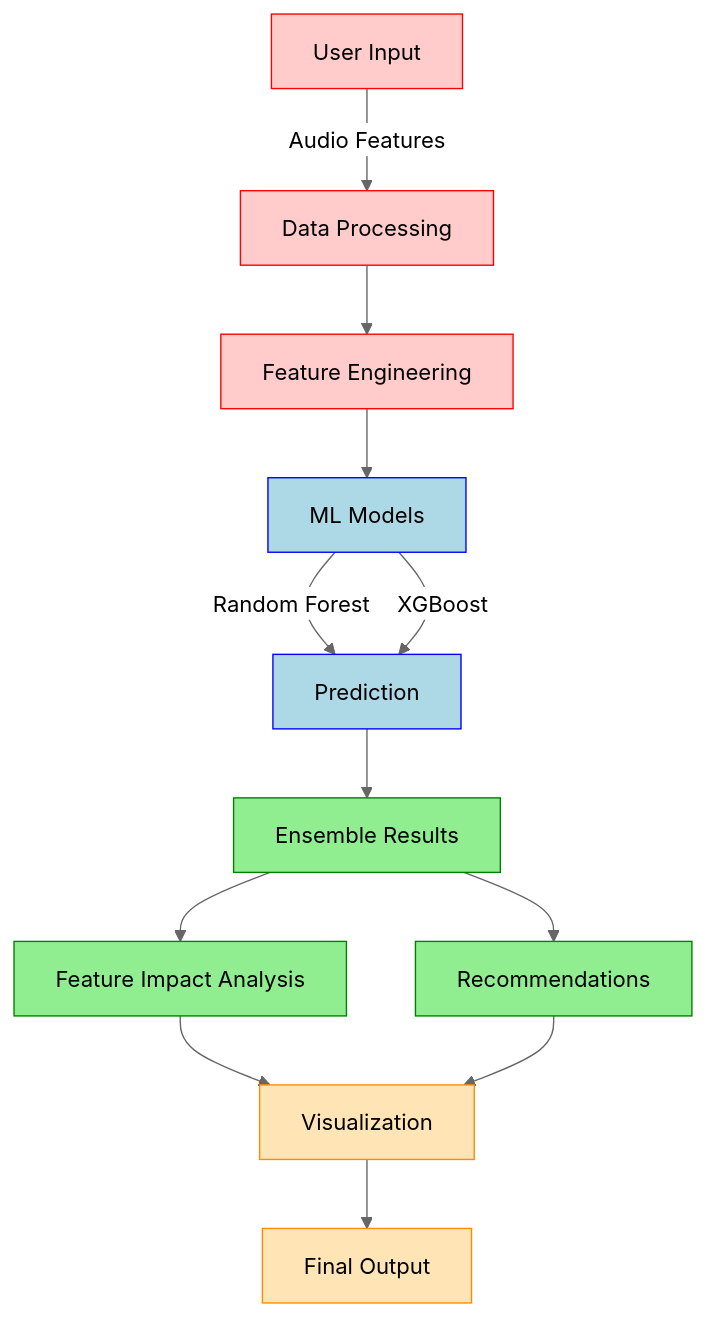
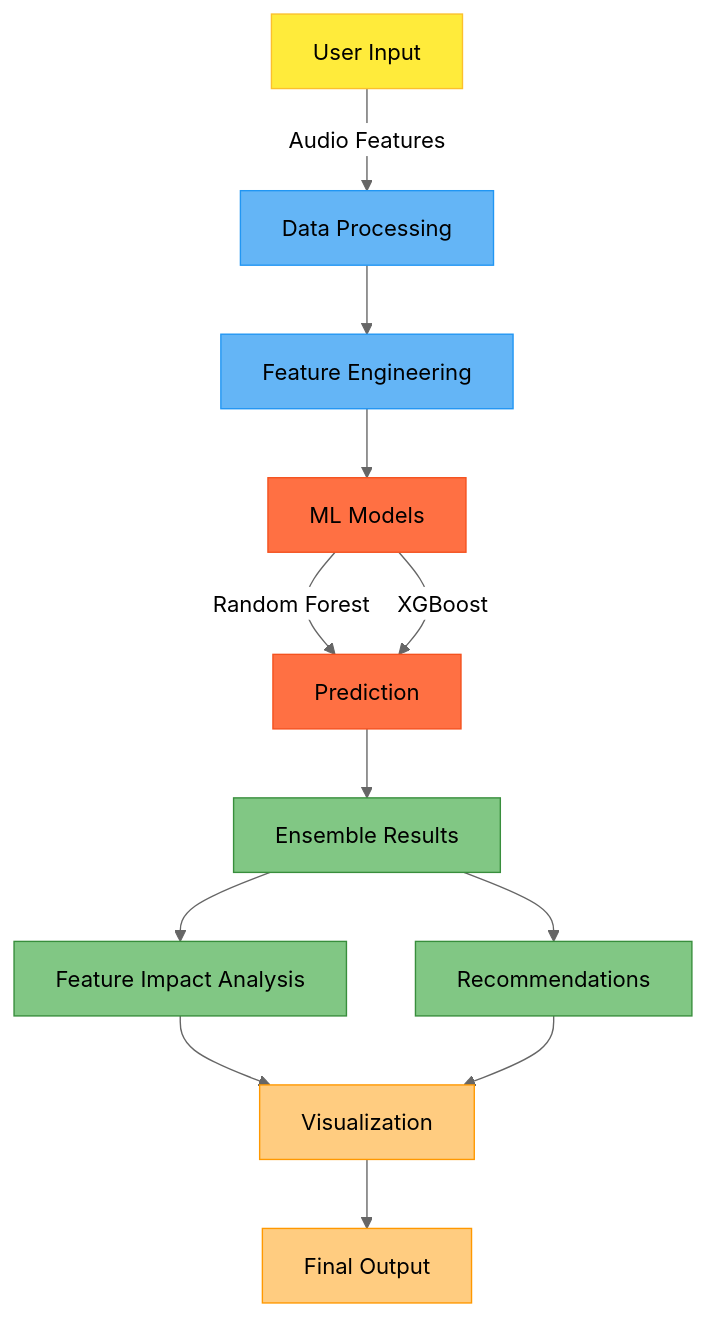
One commit to Cloudyboiii/Spotify_Popularity_Prediction changed the diagram in README.md. Above: the diagram before and after it, drawn with Mermaid (neutral theme).

````diff
--- a/README.md
+++ b/README.md
@@ -14,25 +14,25 @@
 ```mermaid
 graph TD
     A[User  Input] -->|Audio Features| B[Data Processing]
     B --> C[Feature Engineering]
     C --> D[ML Models]
     D -->|Random Forest| E[Prediction]
     D -->|XGBoost| E
     E --> F[Ensemble Results]
     F --> G[Feature Impact Analysis]
     F --> H[Recommendations]
     G --> I[Visualization]
     H --> I
     I --> J[Final Output]
     
-    style A fill:#ffcccb,stroke:#ff0000
-    style B fill:#ffcccb,stroke:#ff0000
-    style C fill:#ffcccb,stroke:#ff0000
-    style D fill:#add8e6,stroke:#0000ff
-    style E fill:#add8e6,stroke:#0000ff
-    style F fill:#90ee90,stroke:#008000
-    style G fill:#90ee90,stroke:#008000
-    style H fill:#90ee90,stroke:#008000
-    style I fill:#ffe4b5,stroke:#ff8c00
-    style J fill:#ffe4b5,stroke:#ff8c00
+    style A fill:#ffeb3b,stroke:#fbc02d
+    style B fill:#64b5f6,stroke:#2196f3
+    style C fill:#64b5f6,stroke:#2196f3
+    style D fill:#ff7043,stroke:#f4511e
+    style E fill:#ff7043,stroke:#f4511e
+    style F fill:#81c784,stroke:#388e3c
+    style G fill:#81c784,stroke:#388e3c
+    style H fill:#81c784,stroke:#388e3c
+    style I fill:#ffcc80,stroke:#ff9800
+    style J fill:#ffcc80,stroke:#ff9800
 ```
````
